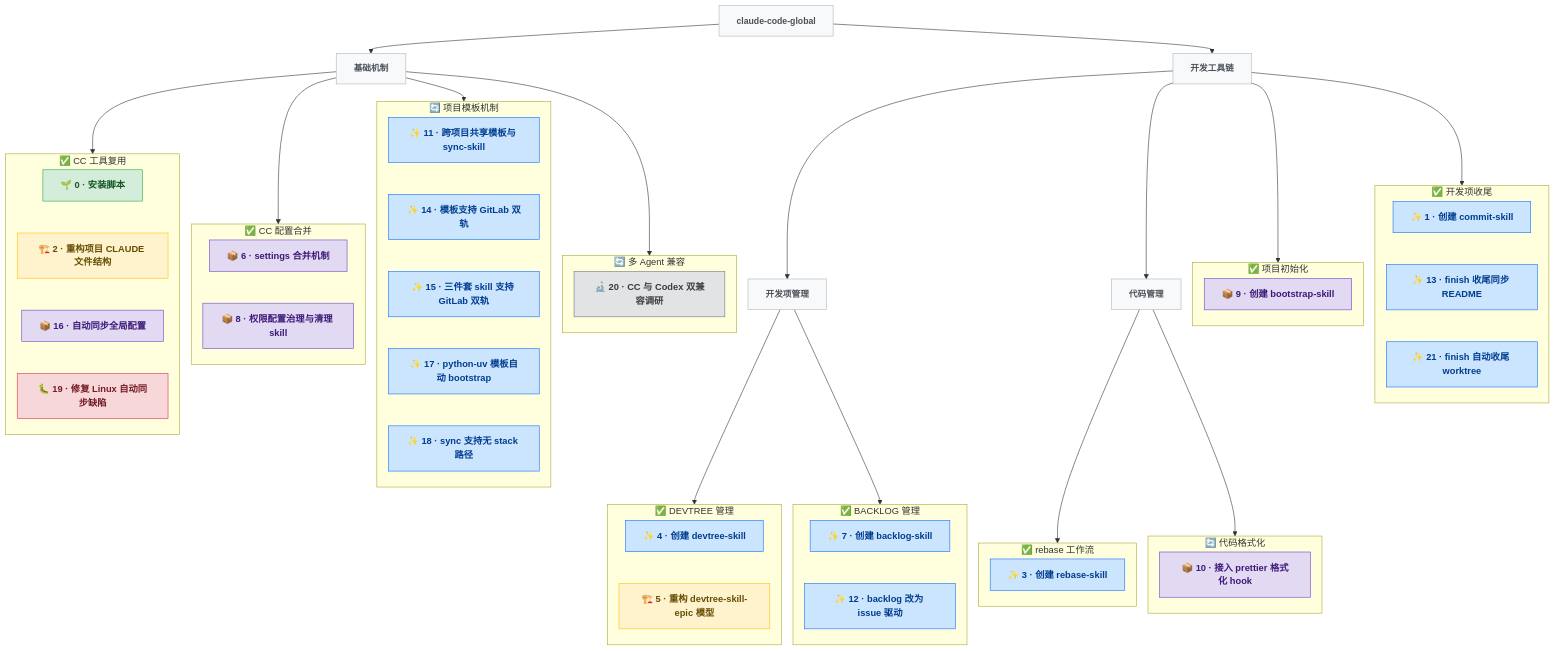
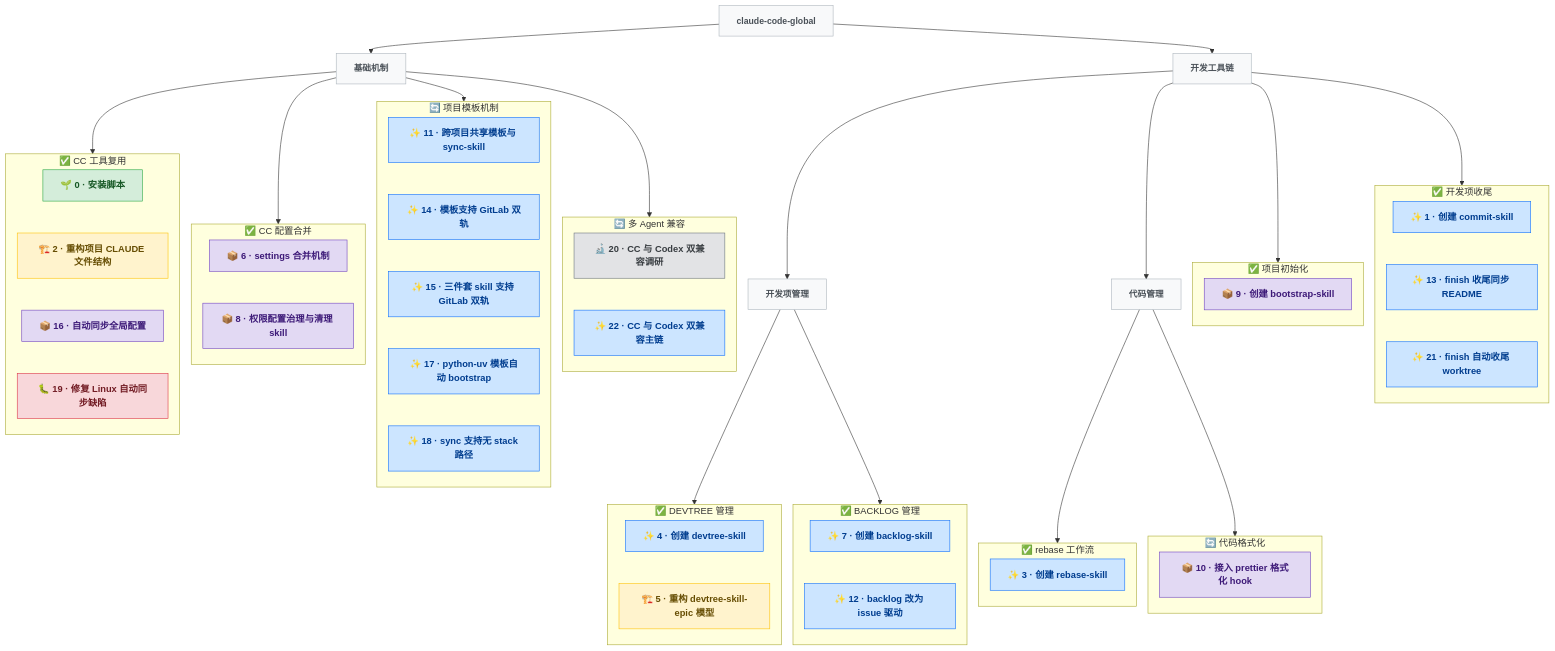
The diagram in docs/DEVTREE.md (pkulijing/claude-code-global), drawn with Mermaid before and after one commit. The commit also changed other lines of this file and 18 other files, not shown here.

```diff
--- a/docs/DEVTREE.md
+++ b/docs/DEVTREE.md
@@ -76,6 +76,8 @@
   subgraph e_multi_agent["🔄 多 Agent 兼容"]
     direction TB
     N20["🔬 20 · CC 与 Codex 双兼容调研"]:::research
+    N22["✨ 22 · CC 与 Codex 双兼容主链"]:::feature
+    N20 ~~~ N22
   end
 
   subgraph e_bootstrap["✅ 项目初始化"]
```
